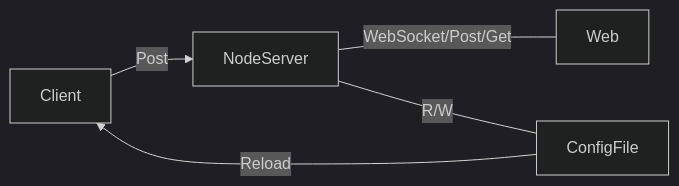
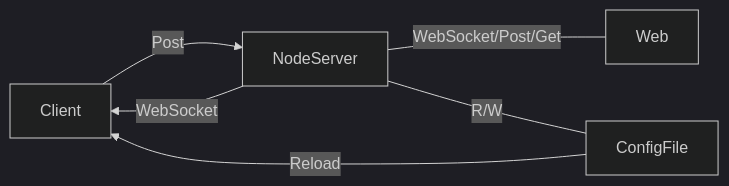
Before and after one commit to pattazl/showKeyBoard: the diagram in README_CN.md, drawn with Mermaid (dark theme). The commit also changed other lines of this file and 1 other file, not shown here.

````diff
--- a/README_CN.md
+++ b/README_CN.md
@@ -77,6 +78,7 @@
 ```mermaid
 graph LR
 Client -->|Post|NodeServer ---|WebSocket/Post/Get|Web
+NodeServer -->|WebSocket|Client
 NodeServer ---|R/W|ConfigFile
 ConfigFile -->|Reload|Client
 ```
````
